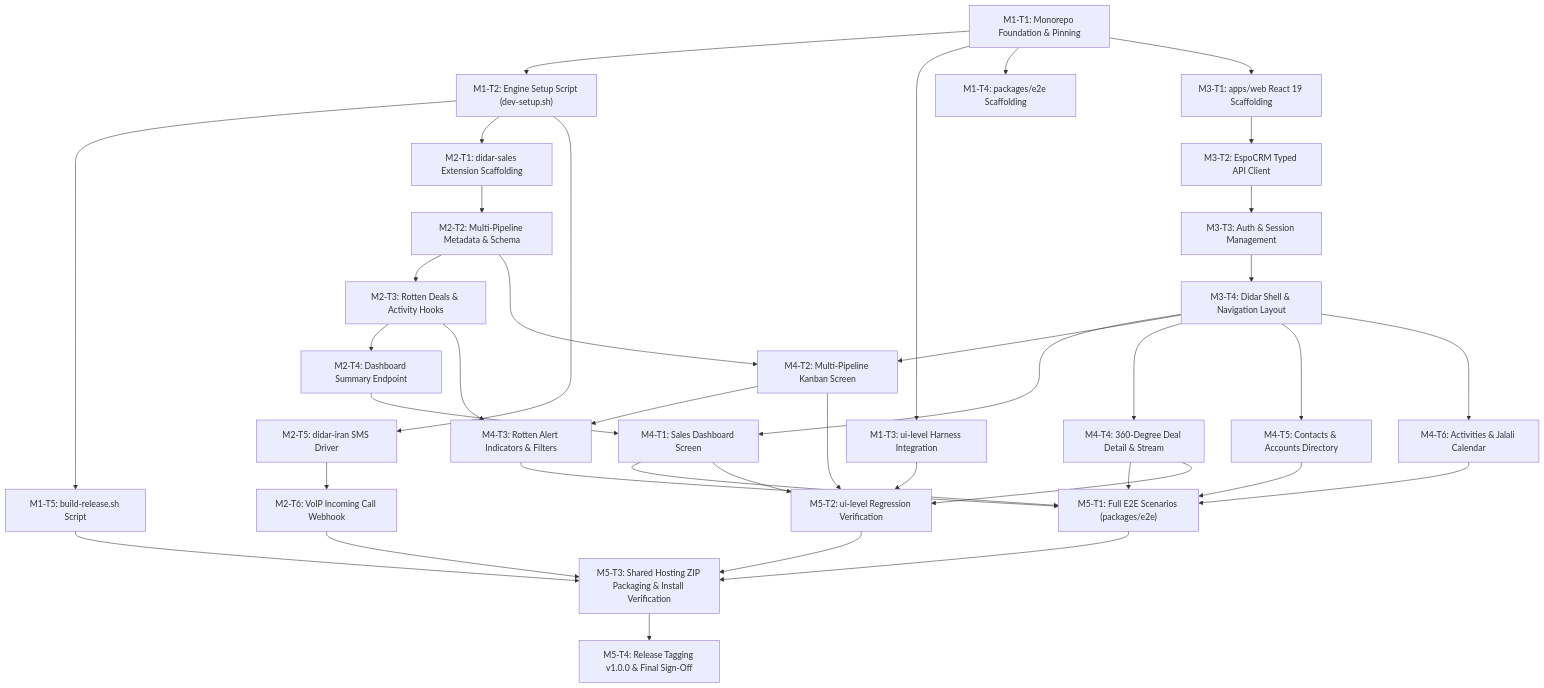
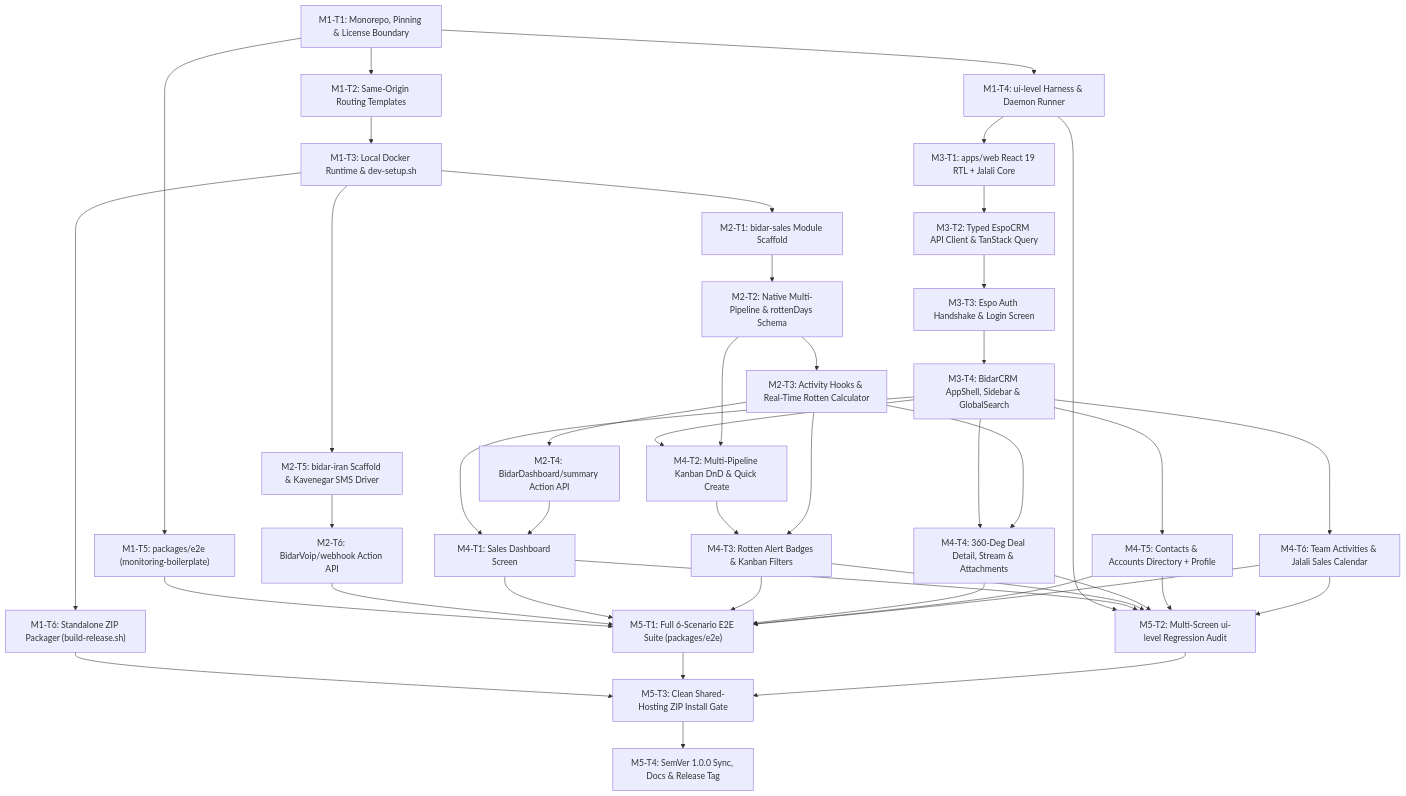
Before and after one commit to abolfazl-moeini/bidarcrm: the diagram in docs/plans/asf-phase-1-tasks.md, drawn with Mermaid. The commit also changed other lines of this file and 1 other file, not shown here.

Commit message:
docs(plan): fix EspoCRM 10.1.4, ASF v6, ui-level, E2E issues and rename to BidarCRM

````diff
--- a/docs/plans/asf-phase-1-tasks.md
+++ b/docs/plans/asf-phase-1-tasks.md
@@ -32,34 +181,36 @@
 ```mermaid
 graph TD
-    M1_1["M1-T1: Monorepo Foundation & Pinning"] --> M1_2["M1-T2: Engine Setup Script (dev-setup.sh)"]
-    M1_1 --> M1_3["M1-T3: ui-level Harness Integration"]
-    M1_1 --> M1_4["M1-T4: packages/e2e Scaffolding"]
-    M1_2 --> M1_5["M1-T5: build-release.sh Script"]
+    M1_1["M1-T1: Monorepo, Pinning & License Boundary"] --> M1_2["M1-T2: Same-Origin Routing Templates"]
+    M1_1 --> M1_4["M1-T4: ui-level Harness & Daemon Runner"]
+    M1_1 --> M1_5["M1-T5: packages/e2e (monitoring-boilerplate)"]
+    M1_2 --> M1_3["M1-T3: Local Docker Runtime & dev-setup.sh"]
+    M1_3 --> M1_6["M1-T6: Standalone ZIP Packager (build-release.sh)"]
 
-    M1_2 --> M2_1["M2-T1: didar-sales Extension Scaffolding"]
-    M2_1 --> M2_2["M2-T2: Multi-Pipeline Metadata & Schema"]
-    M2_2 --> M2_3["M2-T3: Rotten Deals & Activity Hooks"]
-    M2_3 --> M2_4["M2-T4: Dashboard Summary Endpoint"]
-    M1_2 --> M2_5["M2-T5: didar-iran SMS Driver"]
-    M2_5 --> M2_6["M2-T6: VoIP Incoming Call Webhook"]
+    M1_3 --> M2_1["M2-T1: bidar-sales Module Scaffold"]
+    M2_1 --> M2_2["M2-T2: Native Multi-Pipeline & rottenDays Schema"]
+    M2_2 --> M2_3["M2-T3: Activity Hooks & Real-Time Rotten Calculator"]
+    M2_3 --> M2_4["M2-T4: BidarDashboard/summary Action API"]
+    M1_3 --> M2_5["M2-T5: bidar-iran Scaffold & Kavenegar SMS Driver"]
+    M2_5 --> M2_6["M2-T6: BidarVoip/webhook Action API"]
 
-    M1_1 --> M3_1["M3-T1: apps/web React 19 Scaffolding"]
-    M3_1 --> M3_2["M3-T2: EspoCRM Typed API Client"]
-    M3_2 --> M3_3["M3-T3: Auth & Session Management"]
-    M3_3 --> M3_4["M3-T4: Didar Shell & Navigation Layout"]
+    M1_4 --> M3_1["M3-T1: apps/web React 19 RTL + Jalali Core"]
+    M3_1 --> M3_2["M3-T2: Typed EspoCRM API Client & TanStack Query"]
+    M3_2 --> M3_3["M3-T3: Espo Auth Handshake & Login Screen"]
+    M3_3 --> M3_4["M3-T4: BidarCRM AppShell, Sidebar & GlobalSearch"]
 
     M3_4 --> M4_1["M4-T1: Sales Dashboard Screen"]
     M2_4 --> M4_1
-    M3_4 --> M4_2["M4-T2: Multi-Pipeline Kanban Screen"]
+    M3_4 --> M4_2["M4-T2: Multi-Pipeline Kanban DnD & Quick Create"]
     M2_2 --> M4_2
-    M4_2 --> M4_3["M4-T3: Rotten Alert Indicators & Filters"]
+    M4_2 --> M4_3["M4-T3: Rotten Alert Badges & Kanban Filters"]
     M2_3 --> M4_3
-    M3_4 --> M4_4["M4-T4: 360-Degree Deal Detail & Stream"]
-    M3_4 --> M4_5["M4-T5: Contacts & Accounts Directory"]
-    M3_4 --> M4_6["M4-T6: Activities & Jalali Calendar"]
+    M3_4 --> M4_4["M4-T4: 360-Deg Deal Detail, Stream & Attachments"]
+    M2_3 --> M4_4
+    M3_4 --> M4_5["M4-T5: Contacts & Accounts Directory + Profile"]
+    M3_4 --> M4_6["M4-T6: Team Activities & Jalali Sales Calendar"]
 
-    M4_1 & M4_3 & M4_4 & M4_5 & M4_6 --> M5_1["M5-T1: Full E2E Scenarios (packages/e2e)"]
-    M1_3 & M4_1 & M4_2 & M4_4 --> M5_2["M5-T2: ui-level Regression Verification"]
-    M1_5 & M2_6 & M5_1 & M5_2 --> M5_3["M5-T3: Shared Hosting ZIP Packaging & Install Verification"]
-    M5_3 --> M5_4["M5-T4: Release Tagging v1.0.0 & Final Sign-Off"]
+    M1_5 & M2_6 & M4_1 & M4_3 & M4_4 & M4_5 & M4_6 --> M5_1["M5-T1: Full 6-Scenario E2E Suite (packages/e2e)"]
+    M1_4 & M4_1 & M4_3 & M4_4 & M4_5 & M4_6 --> M5_2["M5-T2: Multi-Screen ui-level Regression Audit"]
+    M1_6 & M5_1 & M5_2 --> M5_3["M5-T3: Clean Shared-Hosting ZIP Install Gate"]
+    M5_3 --> M5_4["M5-T4: SemVer 1.0.0 Sync, Docs & Release Tag"]
 ```
````
